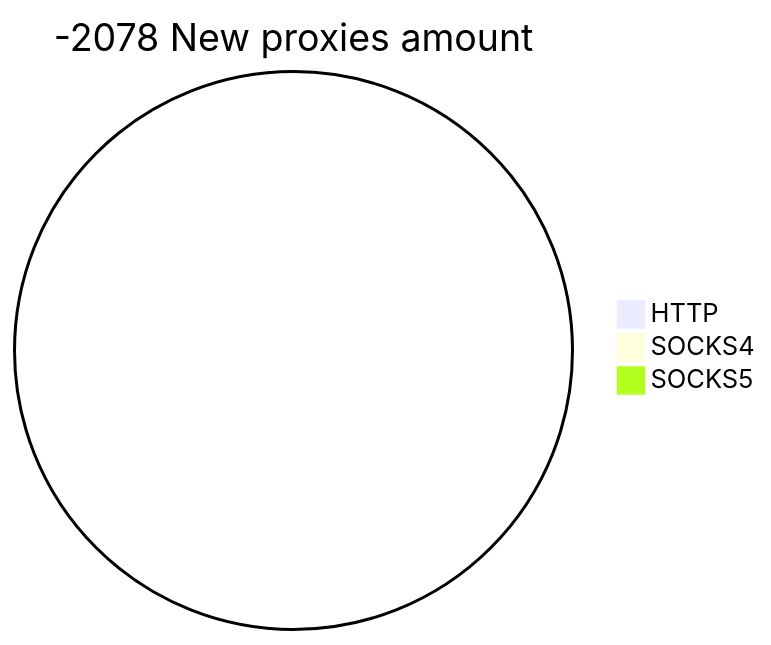
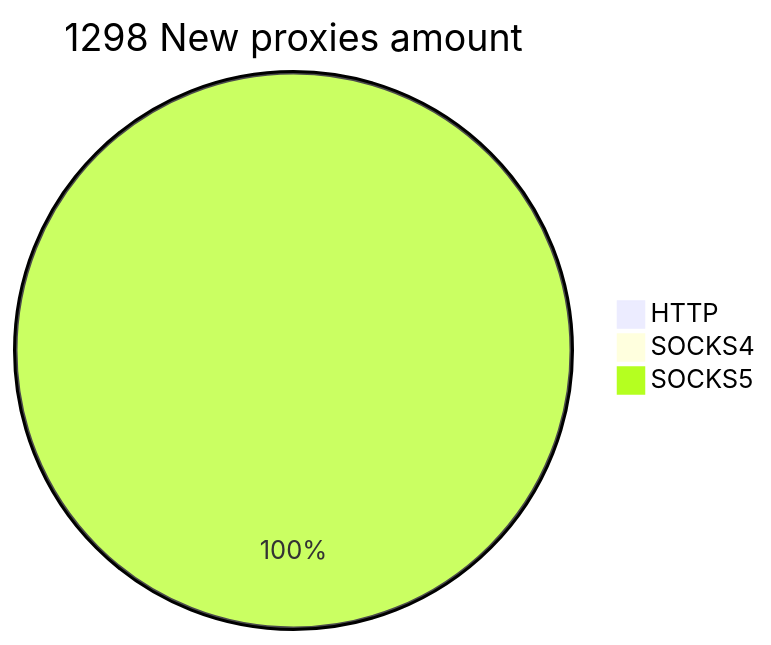
One commit to cutipu/proxylist changed the second of 2 diagrams in README.md. Above: the diagram before and after it, drawn with Mermaid. The commit also changed other lines of this file, not shown here.

````diff
--- a/README.md
+++ b/README.md
@@ -10,6 +10,6 @@
 ```mermaid
-pie title -2078 New proxies amount
+pie title 1298 New proxies amount
     "HTTP" : 0
     "SOCKS4" : 0
-    "SOCKS5" : 0
+    "SOCKS5" : 1991
 ```
````
